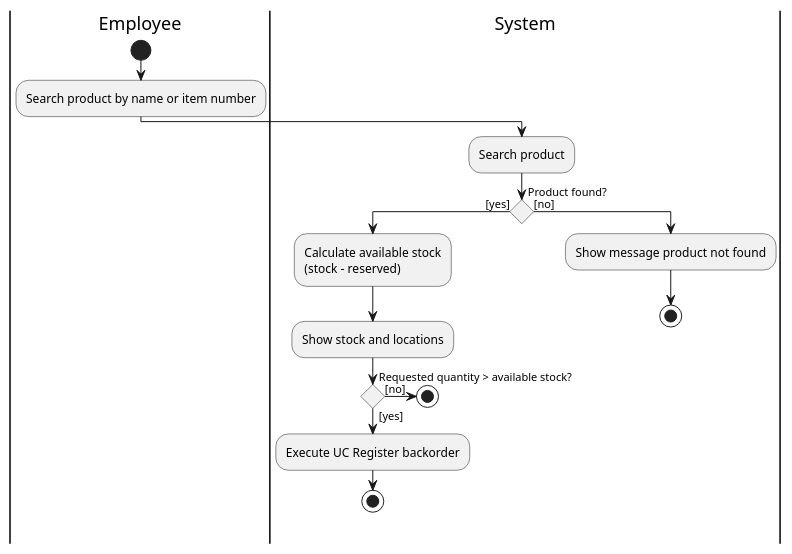
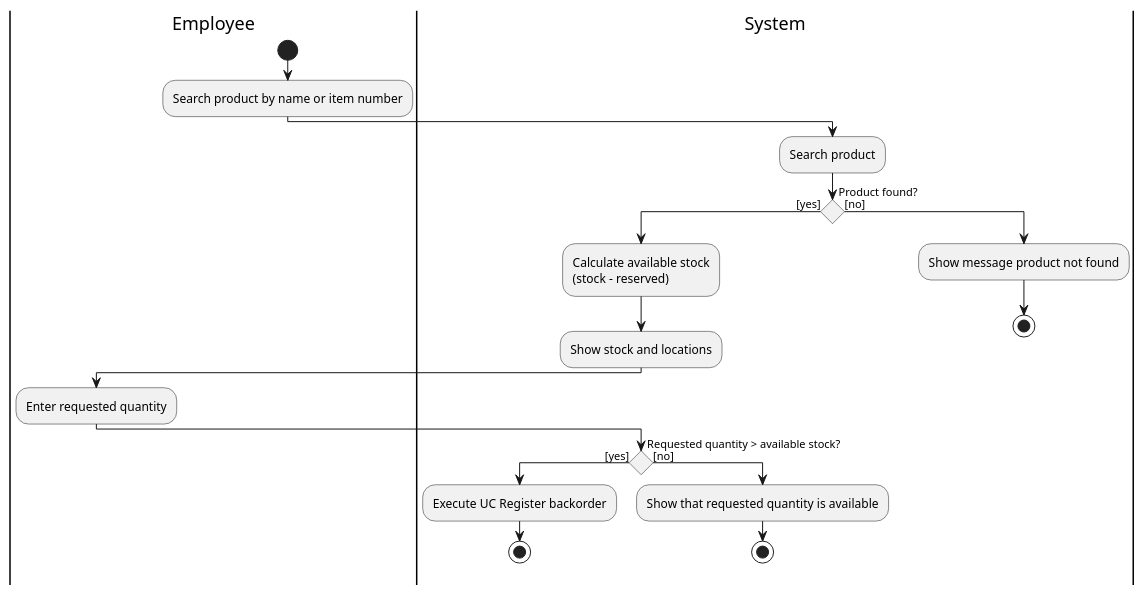
One commit to ViktorQorri/Project-Timaflu changed the diagram in Documentation/Architecture/uml/src/activity_diagrams/UC04_Check_stock.puml. Above: the diagram before and after it, drawn with PlantUML. The commit also changed 4 other files, not shown here.

```diff
--- a/Documentation/Architecture/uml/src/activity_diagrams/UC04_Check_stock.puml
+++ b/Documentation/Architecture/uml/src/activity_diagrams/UC04_Check_stock.puml
@@ -1,23 +1,29 @@
 @startuml
 skinparam conditionStyle diamond
 skinparam ConditionEndStyle diamond
 skinparam ActivityDiamondFontSize 11
+
 |Employee|
 start
 :Search product by name or item number;
+
 |System|
 :Search product;
 if (Product found?) then ([yes])
   :Calculate available stock\n(stock - reserved);
   :Show stock and locations;
+  |Employee|
+  :Enter requested quantity;
+  |System|
   if (Requested quantity > available stock?) then ([yes])
     :Execute UC Register backorder;
     stop
   else ([no])
-  stop
+    :Show that requested quantity is available;
+    stop
   endif
 else ([no])
   :Show message product not found;
   stop
 endif
 @enduml
```
